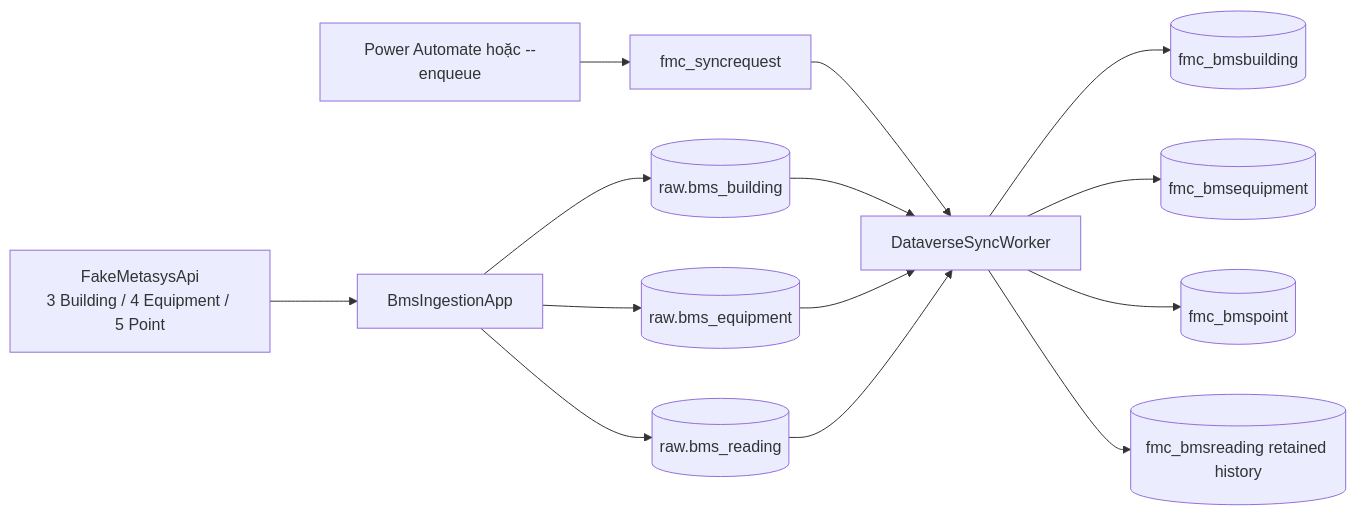
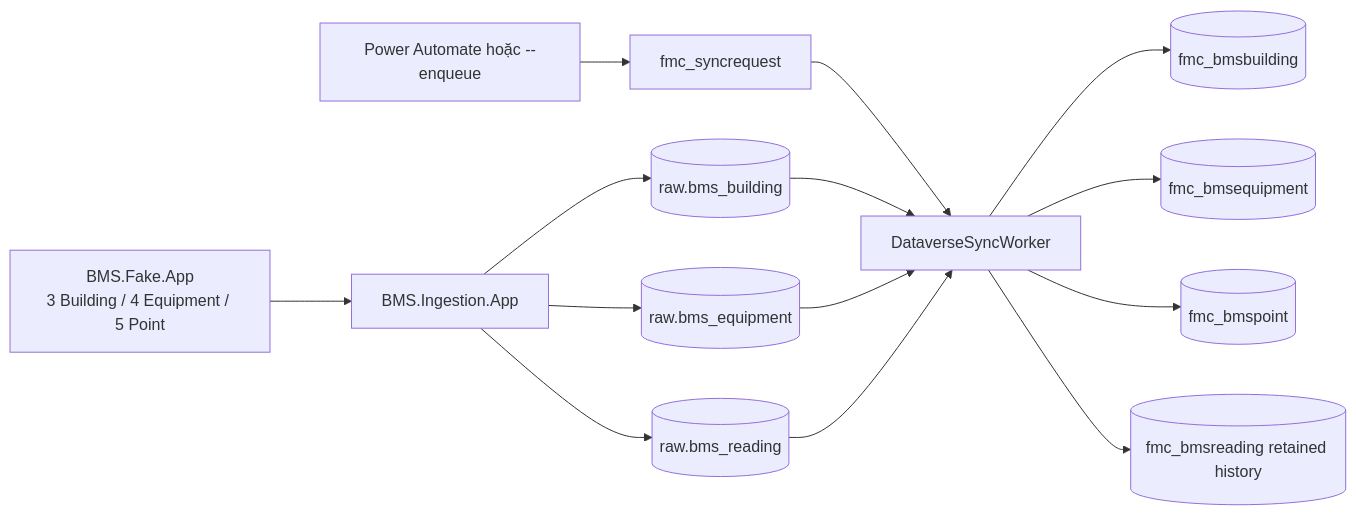
One commit to vuongicesmile/metasys-poc changed the diagram in docs/plans/plan.md. Above: the diagram before and after it, drawn with Mermaid. The commit also changed other lines of this file and 81 other files, not shown here.

Commit message:
refactor: group BMS ingestion and fake services

````diff
--- a/docs/plans/plan.md
+++ b/docs/plans/plan.md
@@ -9,16 +9,16 @@
 ```mermaid
 flowchart LR
-    F[FakeMetasysApi<br/>3 Building / 4 Equipment / 5 Point] --> I[BmsIngestionApp]
+    F[BMS.Fake.App<br/>3 Building / 4 Equipment / 5 Point] --> I[BMS.Ingestion.App]
     I --> B[(raw.bms_building)]
     I --> E[(raw.bms_equipment)]
     I --> R[(raw.bms_reading)]
     T[Power Automate hoặc --enqueue] --> Q[fmc_syncrequest]
     Q --> W[DataverseSyncWorker]
     B --> W
     E --> W
     R --> W
     W --> DB[(fmc_bmsbuilding)]
     W --> DE[(fmc_bmsequipment)]
     W --> DP[(fmc_bmspoint)]
     W --> DH[(fmc_bmsreading retained history)]
 ```
````
